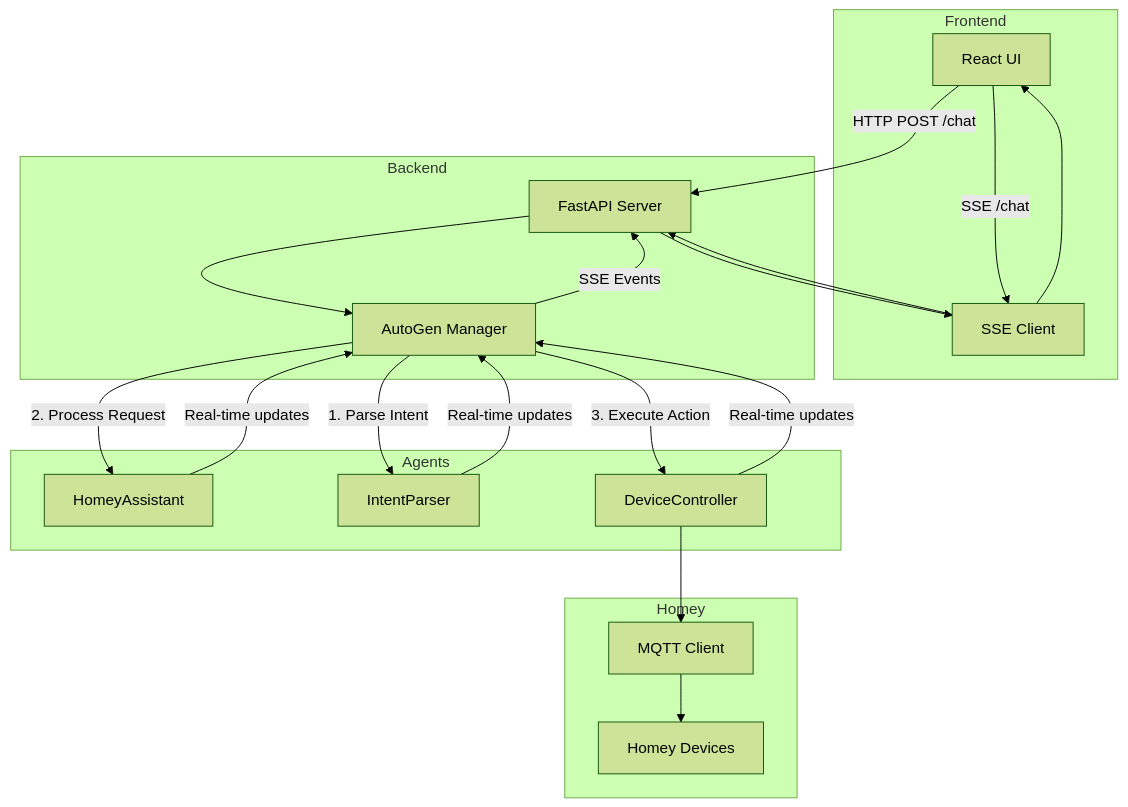
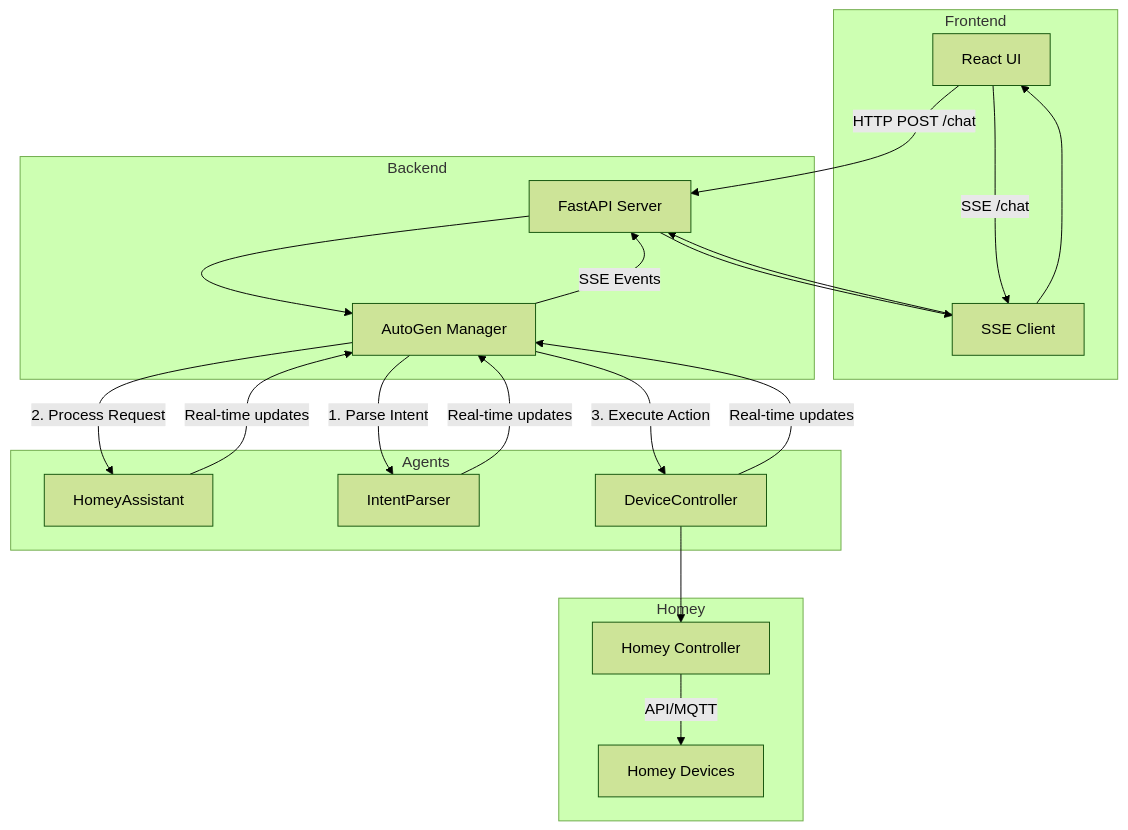
One commit to ramonankersmit/homeymind changed the diagram in README.md. Above: the diagram before and after it, drawn with Mermaid (forest theme). The commit also changed other lines of this file, not shown here.

````diff
--- a/README.md
+++ b/README.md
@@ -27,43 +249,43 @@
 ```mermaid
 flowchart TD
     subgraph Frontend
         UI["React UI"]
         SSE["SSE Client"]
     end
 
     subgraph Backend
         API["FastAPI Server"]
         AGM["AutoGen Manager"]
     end
 
     subgraph Agents
         HA["HomeyAssistant"]
         IP["IntentParser"]
         DC["DeviceController"]
     end
 
     subgraph Homey
-        MQTT["MQTT Client"]
+        HC["Homey Controller"]
         Devices["Homey Devices"]
     end
 
     UI --> |"HTTP POST /chat"| API
     UI --> |"SSE /chat"| SSE
     SSE --> API
     
     API --> AGM
     AGM --> |"1. Parse Intent"| IP
     AGM --> |"2. Process Request"| HA
     AGM --> |"3. Execute Action"| DC
     
-    DC --> MQTT
-    MQTT --> Devices
+    DC --> HC
+    HC --> |"API/MQTT"| Devices
 
     %% Streaming responses
     IP --> |"Real-time updates"| AGM
     HA --> |"Real-time updates"| AGM
     DC --> |"Real-time updates"| AGM
     AGM --> |"SSE Events"| API
     API --> SSE
     SSE --> UI
 ```
````
